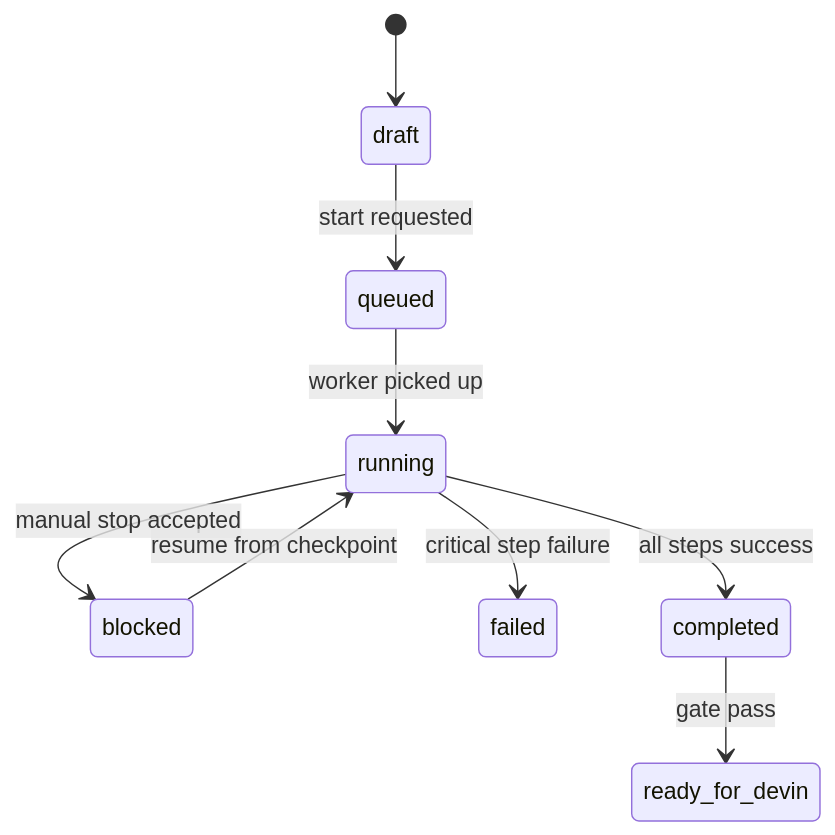
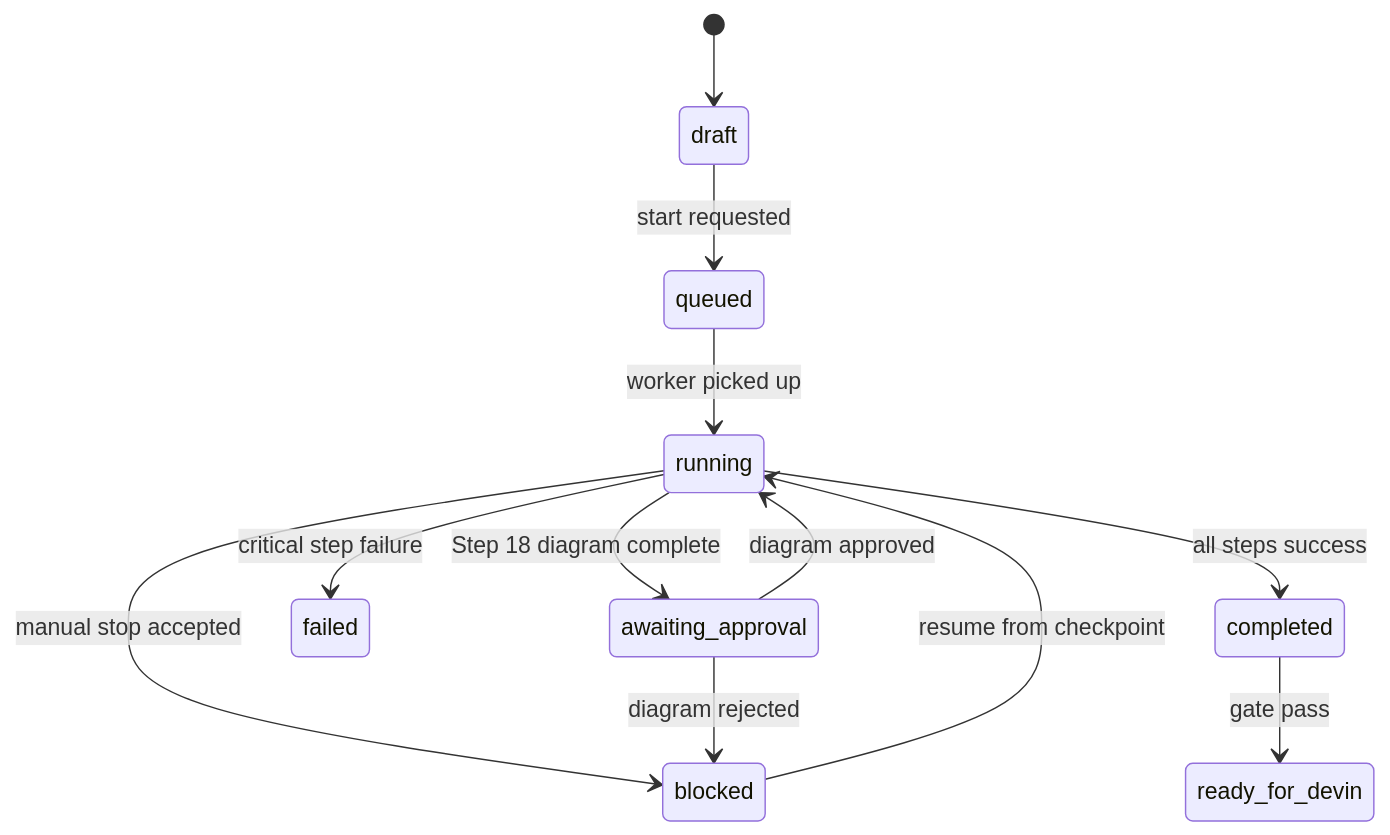
The diagram in workflow/state_machine.mmd (tkgathr2/factory), drawn with Mermaid before and after one commit. The commit also changed 5 other files, not shown here.

First line of the commit message:
feat: add diagram approval flow and ZIP export to workflow

```diff
--- a/workflow/state_machine.mmd
+++ b/workflow/state_machine.mmd
@@ -1,9 +1,12 @@
 stateDiagram-v2
     [*] --> draft
     draft --> queued: start requested
     queued --> running: worker picked up
+    running --> awaiting_approval: Step 18 diagram complete
     running --> blocked: manual stop accepted
     running --> failed: critical step failure
+    awaiting_approval --> running: diagram approved
+    awaiting_approval --> blocked: diagram rejected
     running --> completed: all steps success
     blocked --> running: resume from checkpoint
     completed --> ready_for_devin: gate pass
```
